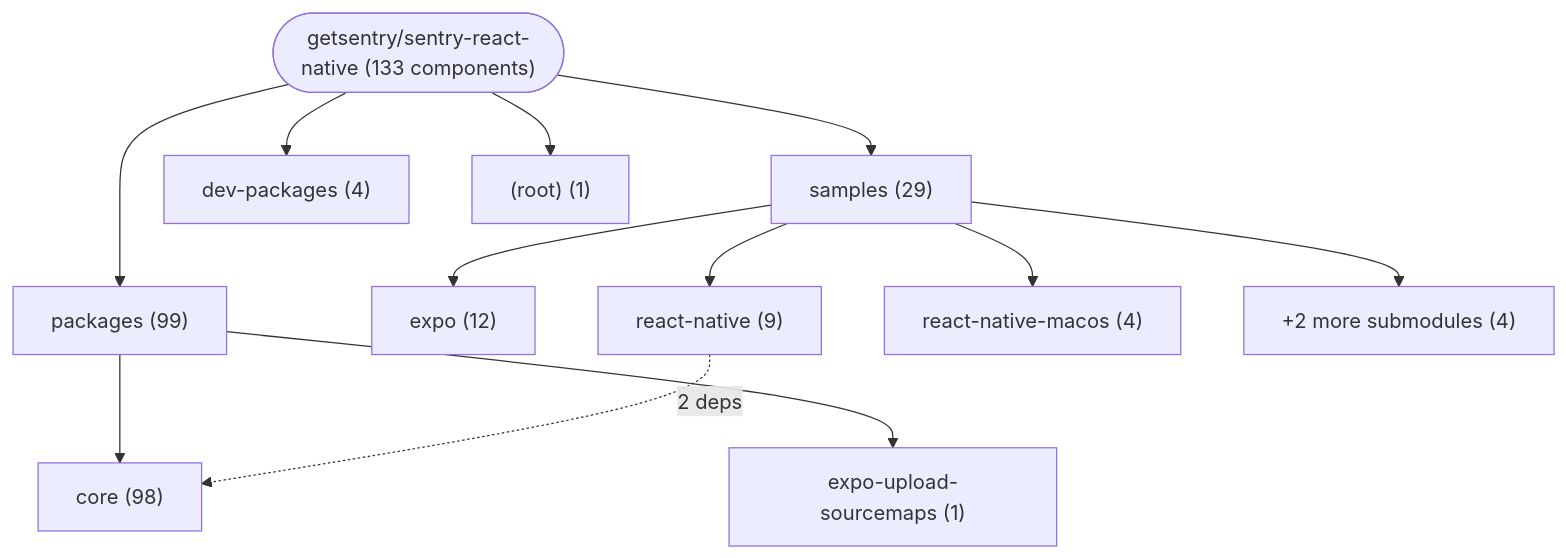
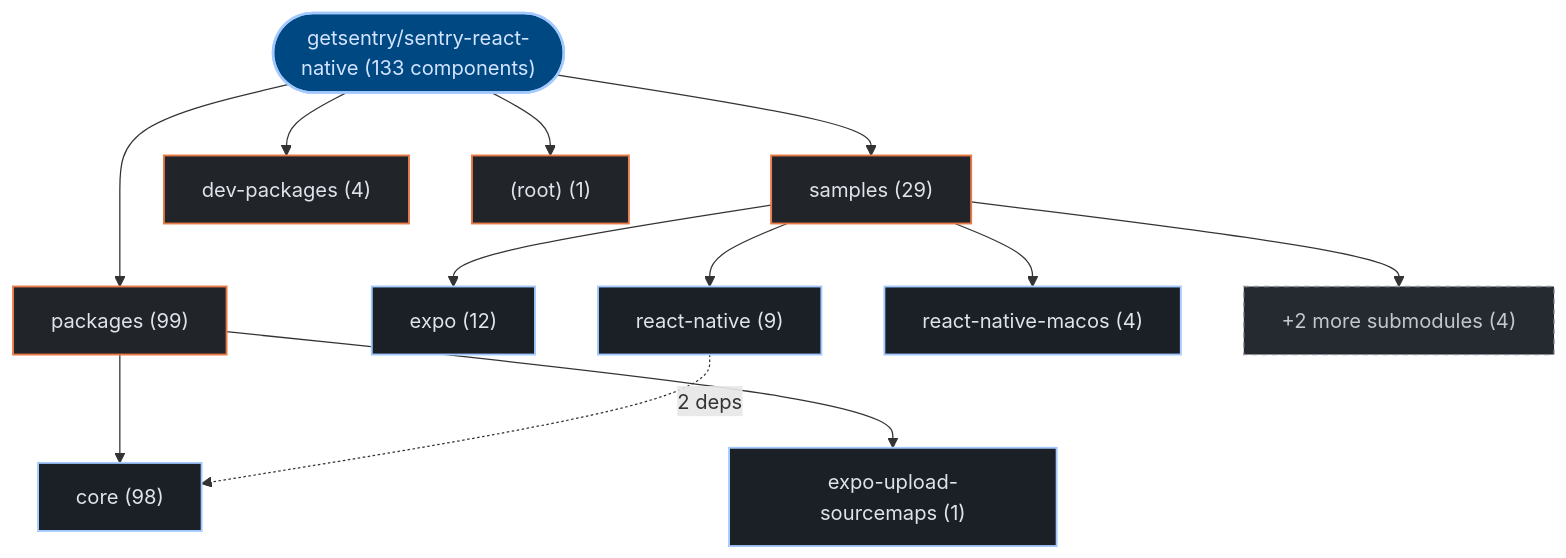
The first of 3 diagrams in exports/latest/reports/getsentry-sentry-react-native-report.md (kumarshaz/atruss-code-atlas), drawn with Mermaid before and after one commit. The commit also changed other lines of this file and 331 other files, not shown here.

Commit message:
docs,ui,fix: update SDLC docs, reorder CI/CD DAG first, stylize Mermaid, and fix Arc42 pipeline topology

````diff
--- a/exports/latest/reports/getsentry-sentry-react-native-report.md
+++ b/exports/latest/reports/getsentry-sentry-react-native-report.md
@@ -42,25 +42,32 @@
 ```mermaid
 graph TD;
-    repo_root(["getsentry/sentry-react-native (133 components)"])
-    dir_0_packages["packages (99)"]
+  classDef atlasRoot fill:#004882,stroke:#a3c9ff,stroke-width:2px,color:#d3e4ff
+  classDef atlasCategory fill:#212428,stroke:#E87A48,stroke-width:1.5px,color:#dfe3eb
+  classDef atlasWorkflow fill:#1b2026,stroke:#a3c9ff,stroke-width:1.5px,color:#dfe3eb
+  classDef atlasJob fill:#171c22,stroke:#8d9199,stroke-width:1px,color:#dfe3eb
+  classDef atlasTarget fill:#005227,stroke:#8bd99b,stroke-width:1.5px,color:#a7f6b6
+  classDef atlasAlert fill:#93000a,stroke:#ffb4ab,stroke-width:1.5px,color:#ffdad6
+  classDef atlasMore fill:#252a31,stroke:#8d9199,stroke-dasharray:4 4,color:#c3c6cf
+    repo_root(["getsentry/sentry-react-native (133 components)"]):::atlasRoot
+    dir_0_packages["packages (99)"]:::atlasCategory
     repo_root --> dir_0_packages
-    sub_0_0_core["core (98)"]
+    sub_0_0_core["core (98)"]:::atlasWorkflow
     dir_0_packages --> sub_0_0_core
-    sub_0_1_expo_upload_sourcemaps["expo-upload-sourcemaps (1)"]
+    sub_0_1_expo_upload_sourcemaps["expo-upload-sourcemaps (1)"]:::atlasWorkflow
     dir_0_packages --> sub_0_1_expo_upload_sourcemaps
-    dir_1_samples["samples (29)"]
+    dir_1_samples["samples (29)"]:::atlasCategory
     repo_root --> dir_1_samples
-    sub_1_0_expo["expo (12)"]
+    sub_1_0_expo["expo (12)"]:::atlasWorkflow
     dir_1_samples --> sub_1_0_expo
-    sub_1_1_react_native["react-native (9)"]
+    sub_1_1_react_native["react-native (9)"]:::atlasWorkflow
     dir_1_samples --> sub_1_1_react_native
-    sub_1_2_react_native_macos["react-native-macos (4)"]
+    sub_1_2_react_native_macos["react-native-macos (4)"]:::atlasWorkflow
     dir_1_samples --> sub_1_2_react_native_macos
-    sub_1_more["+2 more submodules (4)"]
+    sub_1_more["+2 more submodules (4)"]:::atlasMore
     dir_1_samples --> sub_1_more
-    dir_2_dev_packages["dev-packages (4)"]
+    dir_2_dev_packages["dev-packages (4)"]:::atlasCategory
     repo_root --> dir_2_dev_packages
-    dir_3__root_["(root) (1)"]
+    dir_3__root_["(root) (1)"]:::atlasCategory
     repo_root --> dir_3__root_
     sub_1_1_react_native -.->|"2 deps"| sub_0_0_core
 ```
````
